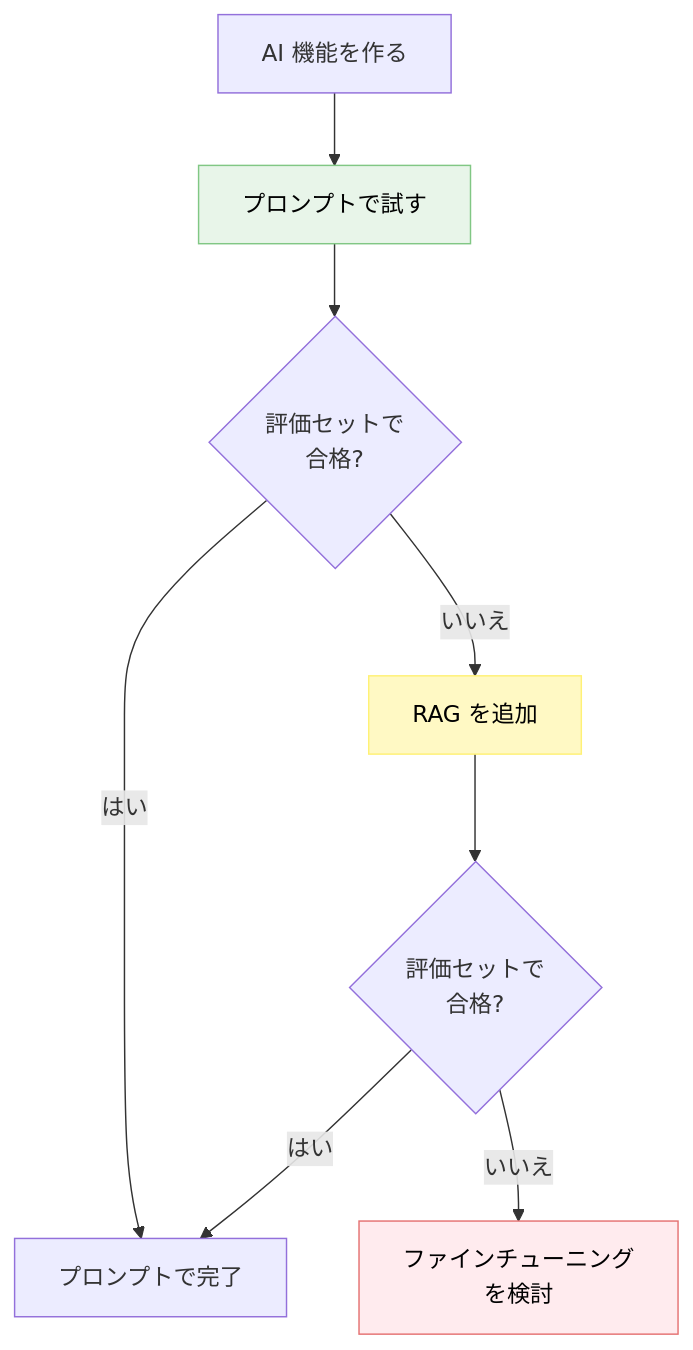
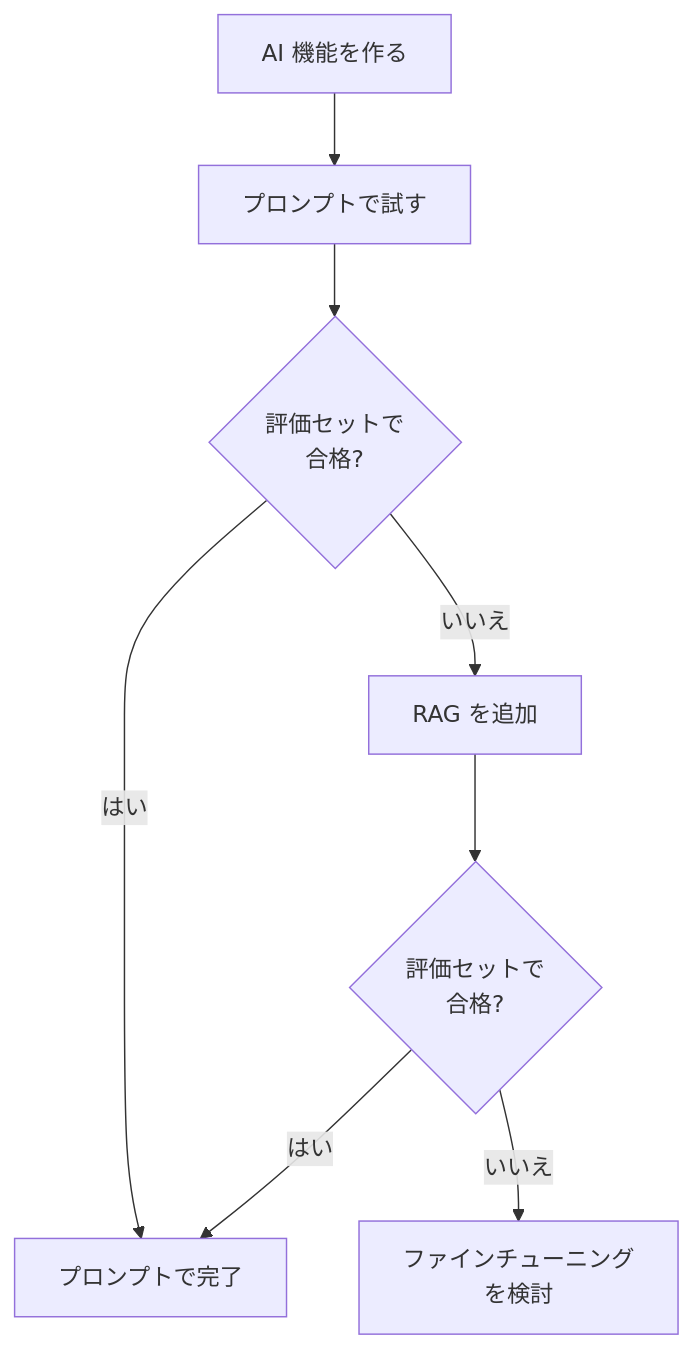
One commit to dinekt/dinekt-wiki changed the first of 2 diagrams in docs/concepts/ファインチューニング-vs-プロンプト-どちらを選ぶか.md. Above: the diagram before and after it, drawn with Mermaid. The commit also changed other lines of this file and 70 other files, not shown here.

First line of the commit message:
fix(mermaid): strip all inline styling, rely on theme

````diff
--- a/docs/concepts/ファインチューニング-vs-プロンプト-どちらを選ぶか.md
+++ b/docs/concepts/ファインチューニング-vs-プロンプト-どちらを選ぶか.md
@@ -25,14 +25,11 @@
 ```mermaid
 flowchart TD
     Q[AI 機能を作る] --> P[プロンプトで試す]
     P --> E{評価セットで<br/>合格?}
     E -->|はい| D[プロンプトで完了]
     E -->|いいえ| R[RAG を追加]
     R --> E2{評価セットで<br/>合格?}
     E2 -->|はい| D
     E2 -->|いいえ| F[ファインチューニング<br/>を検討]
 
-    style P fill:#e8f5e9,stroke:#81c784,color:#000
-    style R fill:#fff9c4,stroke:#fff176,color:#000
-    style F fill:#ffebee,stroke:#e57373,color:#000
 ```
````
